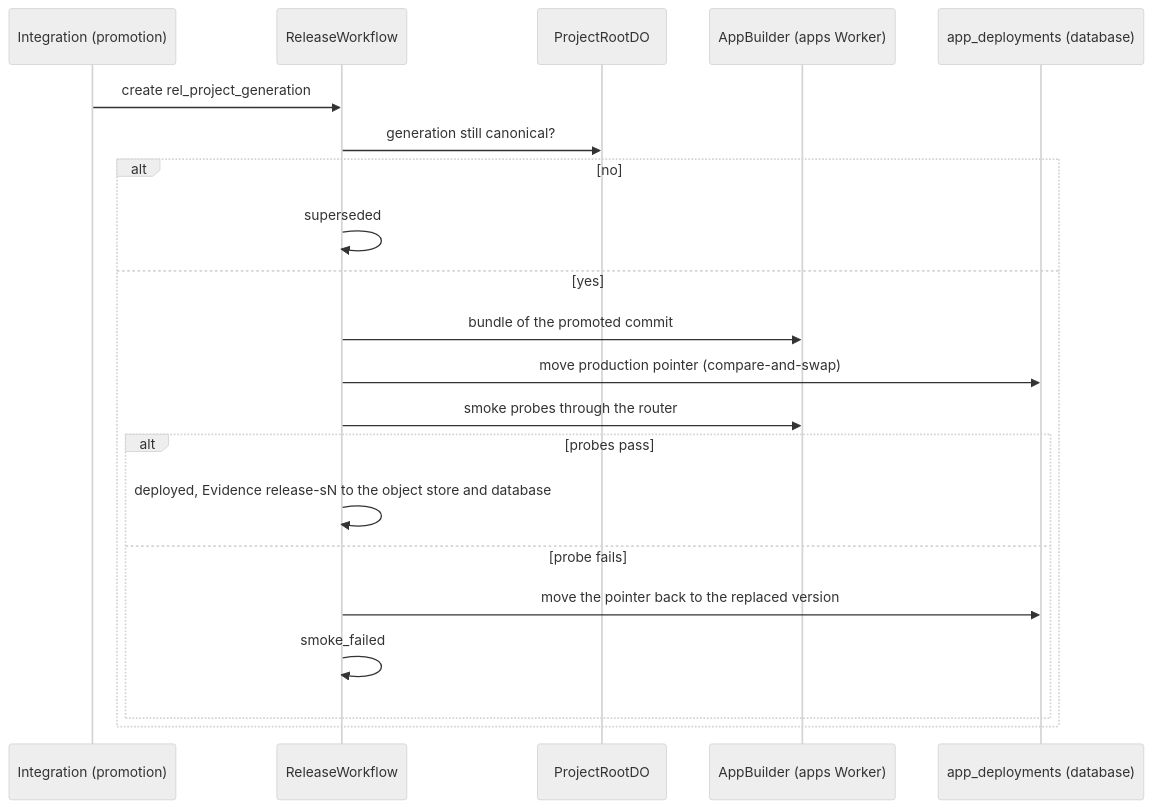
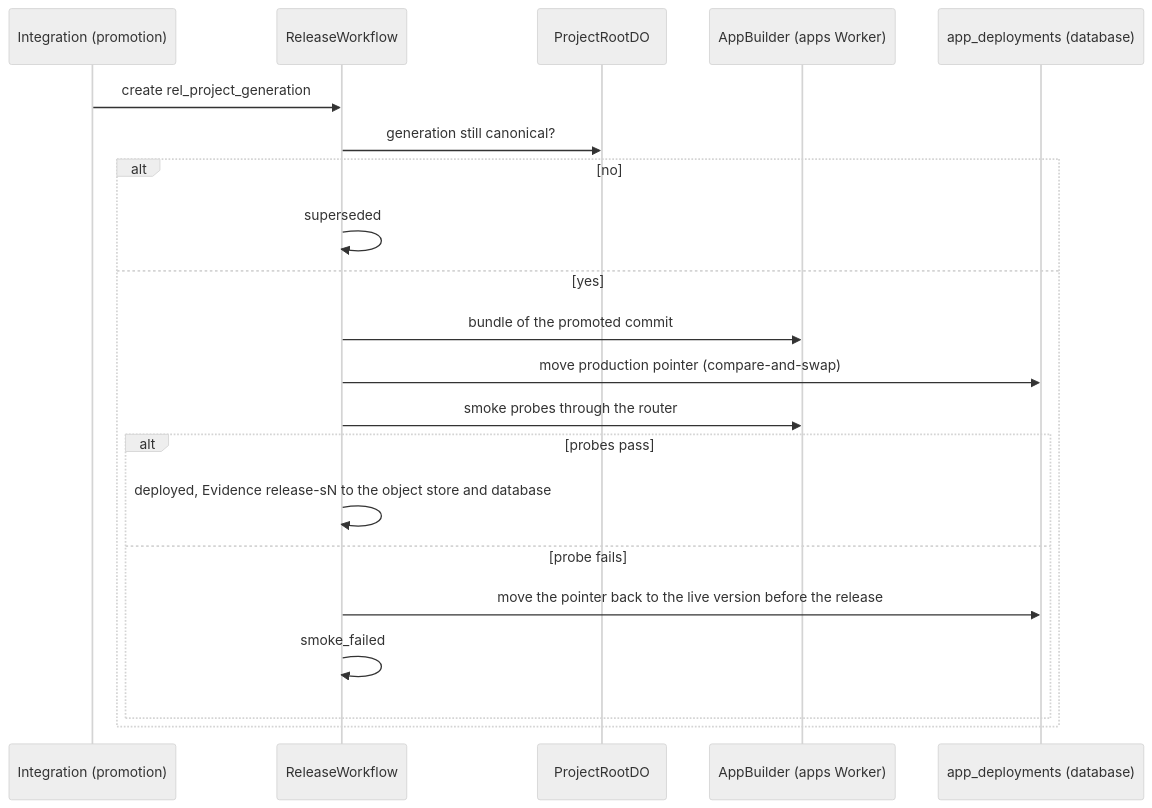
Before and after one commit to nsudhanva/rhumbatron: the first of 2 diagrams in docs/adr/0020-live-apps-dynamic-workers.md, drawn with Mermaid (neutral theme). The commit also changed other lines of this file and 55 other files, not shown here.

````diff
--- a/docs/adr/0020-live-apps-dynamic-workers.md
+++ b/docs/adr/0020-live-apps-dynamic-workers.md
@@ -210,23 +222,23 @@
 ```mermaid
 sequenceDiagram
   participant I as Integration (promotion)
   participant W as ReleaseWorkflow
   participant P as ProjectRootDO
   participant B as AppBuilder (apps Worker)
   participant D as app_deployments (database)
   I->>W: create rel_project_generation
   W->>P: generation still canonical?
   alt no
     W->>W: superseded
   else yes
     W->>B: bundle of the promoted commit
     W->>D: move production pointer (compare-and-swap)
     W->>B: smoke probes through the router
     alt probes pass
       W->>W: deployed, Evidence release-sN to the object store and database
     else probe fails
-      W->>D: move the pointer back to the replaced version
+      W->>D: move the pointer back to the live version before the release
       W->>W: smoke_failed
     end
   end
 ```
````
